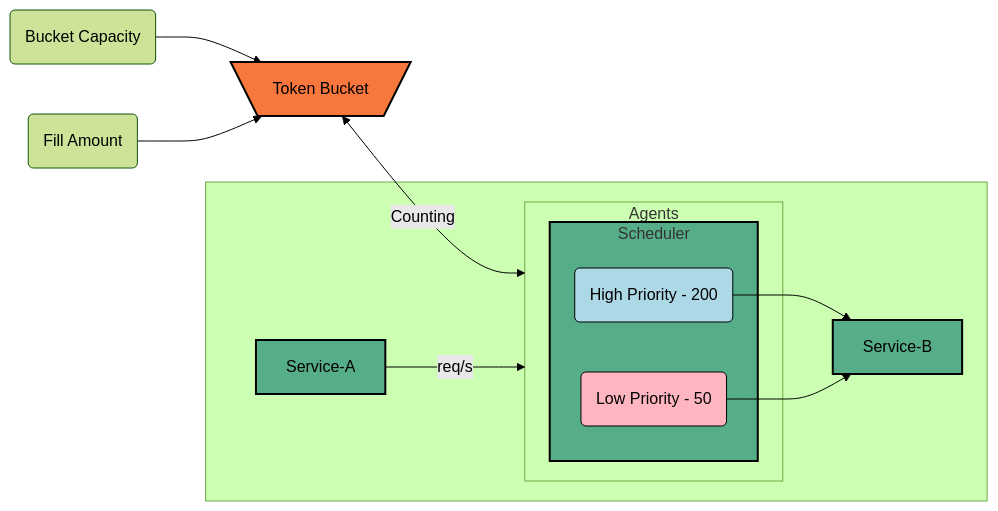
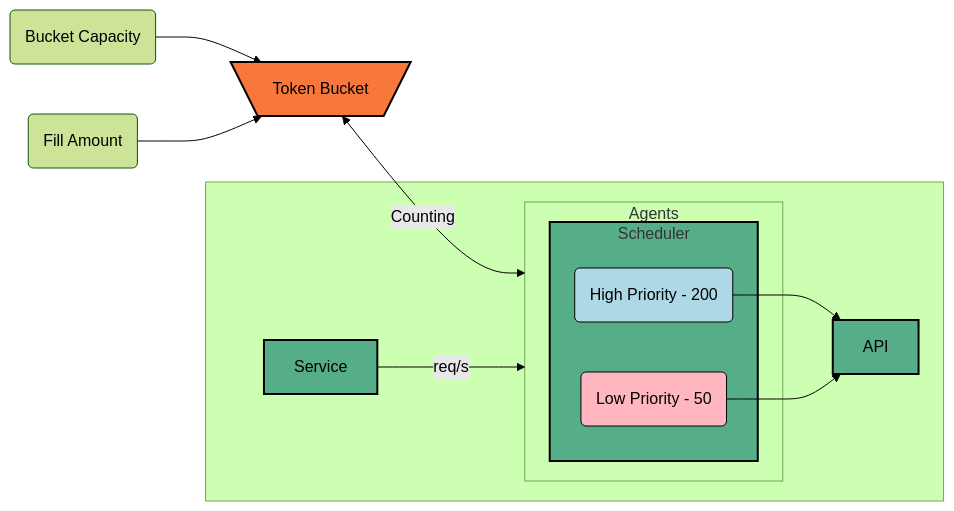
Before and after one commit to fluxninja/aperture: the diagram in docs/content/use-cases/assets/quota-scheduler.mmd, drawn with Mermaid (forest theme). The commit also changed 5 other files, not shown here.

```diff
--- a/docs/content/use-cases/assets/quota-scheduler.mmd
+++ b/docs/content/use-cases/assets/quota-scheduler.mmd
@@ -1,32 +1,32 @@
 flowchart LR
 classDef TokenBucket fill:#F8773D,stroke:#000000,stroke-width:2px;
 classDef Signal fill:#EFEEED,stroke:#000000,stroke-width:1px;
 classDef Service fill:#56AE89,stroke:#000000,stroke-width:2px;
 classDef HP fill:#add8e6,stroke:#000000,stroke-width:1px;
 classDef LP fill:#ffb6c1,stroke:#000000,stroke-width:1px;
 
 BC("Bucket Capacity") --> TB
 RS("Fill Amount") --> TB
 
 TB[\Token Bucket/]
 class TB TokenBucket
 
 TB <-- "Counting" --> Agents
 
 subgraph " "
-Service-A -- "req/s" --> Agents
-class Service-A Service
+Service -- "req/s" --> Agents
+class Service Service
   subgraph "Agents"
     subgraph "Scheduler"
       HP("High Priority - 200")
       class HP HP
       LP("Low Priority - 50")
       class LP LP
     end
     class Scheduler Service
   end
   class Agents MainClass
-  HP --> Service-B
-  LP --> Service-B
-  class Service-B Service
+  HP --> API
+  LP --> API
+  class API Service
 end
```
